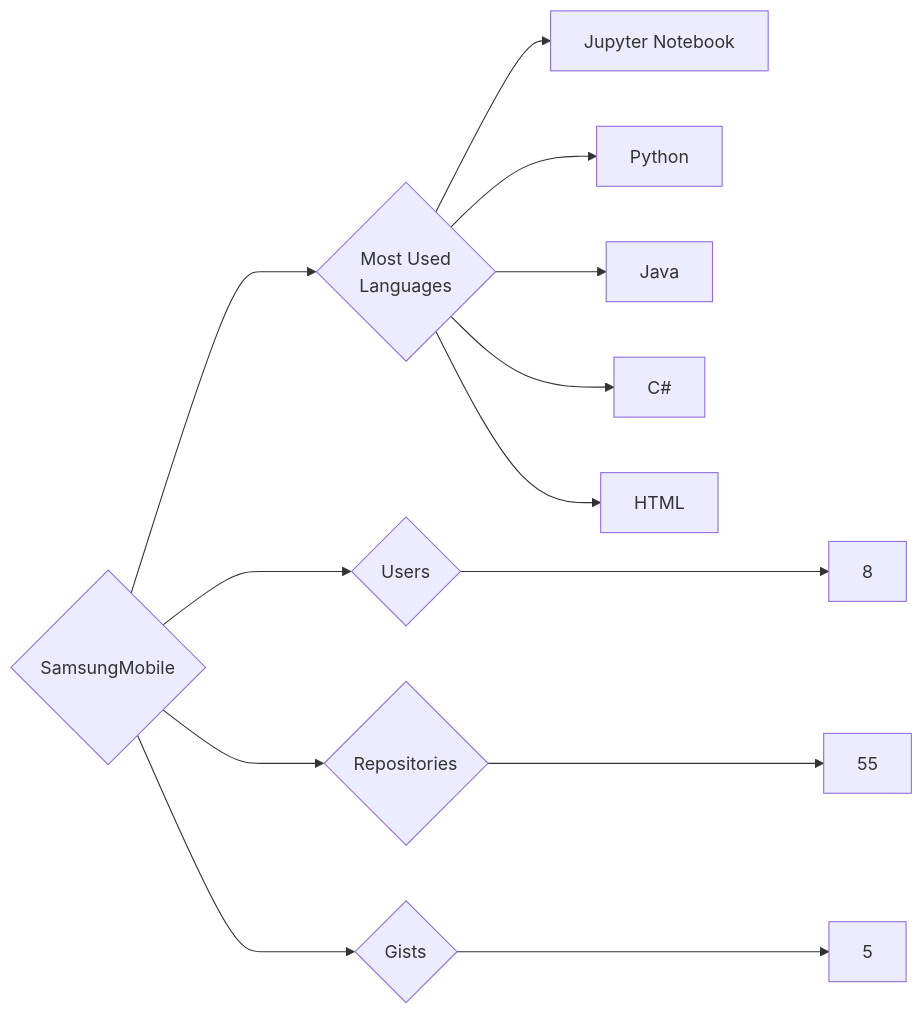
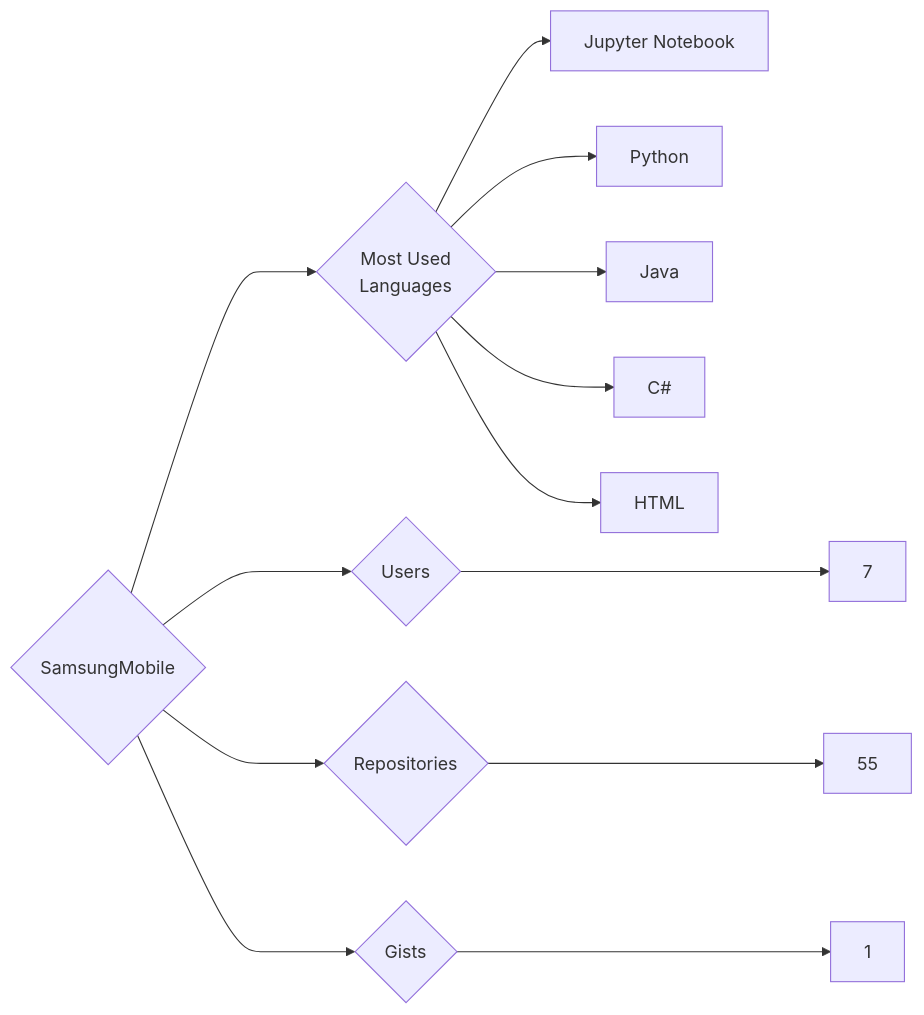
The diagram in targets/SamsungMobile/README.md (trickest/insiders), drawn with Mermaid before and after one commit. The commit also changed 1484 other files, not shown here.

````diff
--- a/targets/SamsungMobile/README.md
+++ b/targets/SamsungMobile/README.md
@@ -3,13 +3,13 @@
 ```mermaid
 graph LR
 COMPANY_NAME{SamsungMobile}
-COMPANY_NAME ---> U{Users} ---> UN[8]
+COMPANY_NAME ---> U{Users} ---> UN[7]
 COMPANY_NAME ---> R{Repositories} ---> RN[55]
-COMPANY_NAME ---> G{Gists} ---> GN[5]
+COMPANY_NAME ---> G{Gists} ---> GN[1]
 COMPANY_NAME ---> ML{Most Used<br>Languages}
 ML --> Jupyter_Notebook[Jupyter Notebook]
 ML --> Python[Python]
 ML --> Java[Java]
 ML --> C#[C#]
 ML --> HTML[HTML]
 ```
````
